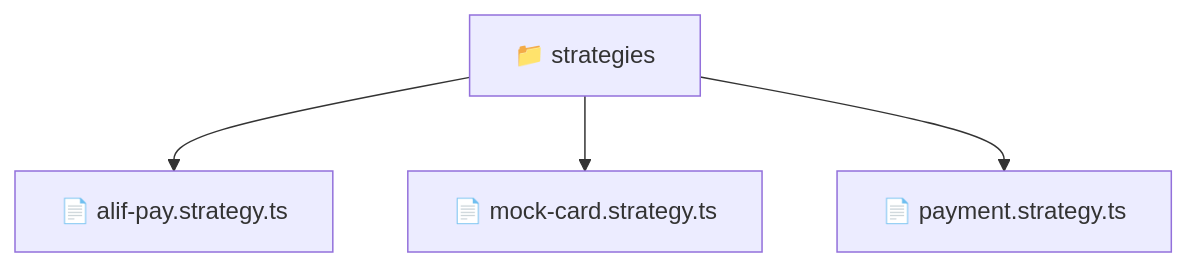
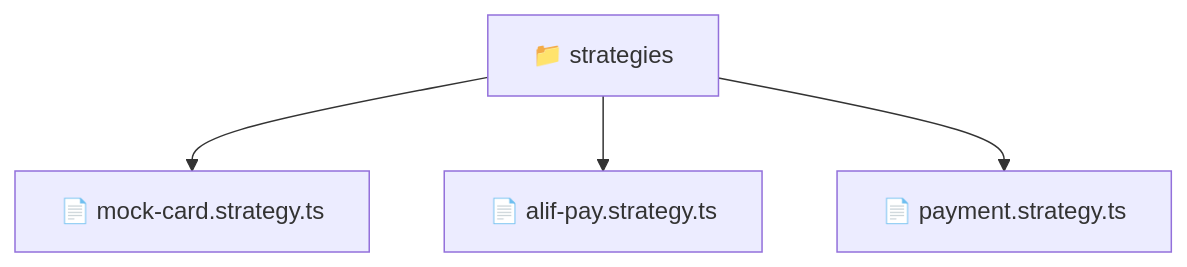
Before and after one commit to beginwebdev2002/fullstack-mavluda: the diagram in backend/src/modules/payment/strategies/README.md, drawn with Mermaid. The commit also changed other lines of this file and 164 other files, not shown here.

First line of the commit message:
docs: generate robust autonomous architectural documentation

````diff
--- a/backend/src/modules/payment/strategies/README.md
+++ b/backend/src/modules/payment/strategies/README.md
@@ -9,7 +11,7 @@
 ```mermaid
 graph TD
-  Root["📁 strategies"]
-  Root --> alif_pay_strategy_ts["📄 alif-pay.strategy.ts"]
-  Root --> mock_card_strategy_ts["📄 mock-card.strategy.ts"]
-  Root --> payment_strategy_ts["📄 payment.strategy.ts"]
+    f_strategies["📁 strategies"]
+    f_strategies --> f_mock_card_strategy_ts["📄 mock-card.strategy.ts"]
+    f_strategies --> f_alif_pay_strategy_ts["📄 alif-pay.strategy.ts"]
+    f_strategies --> f_payment_strategy_ts["📄 payment.strategy.ts"]
 ```
````
